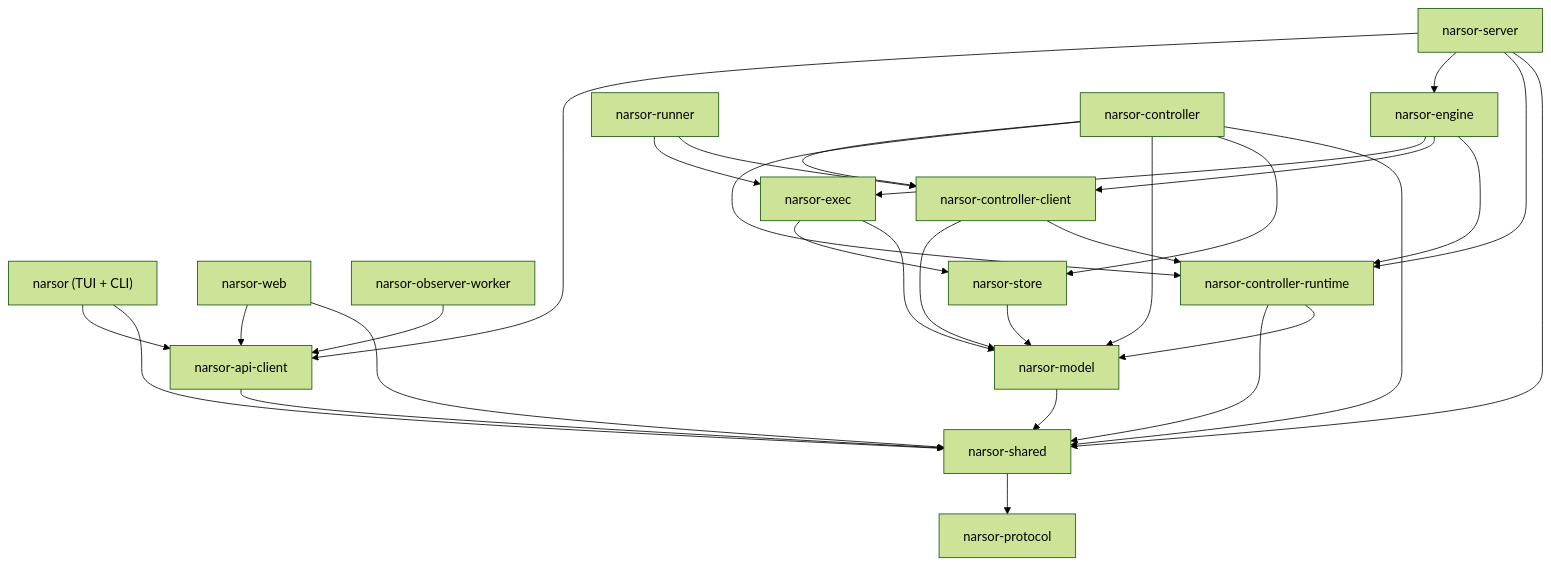
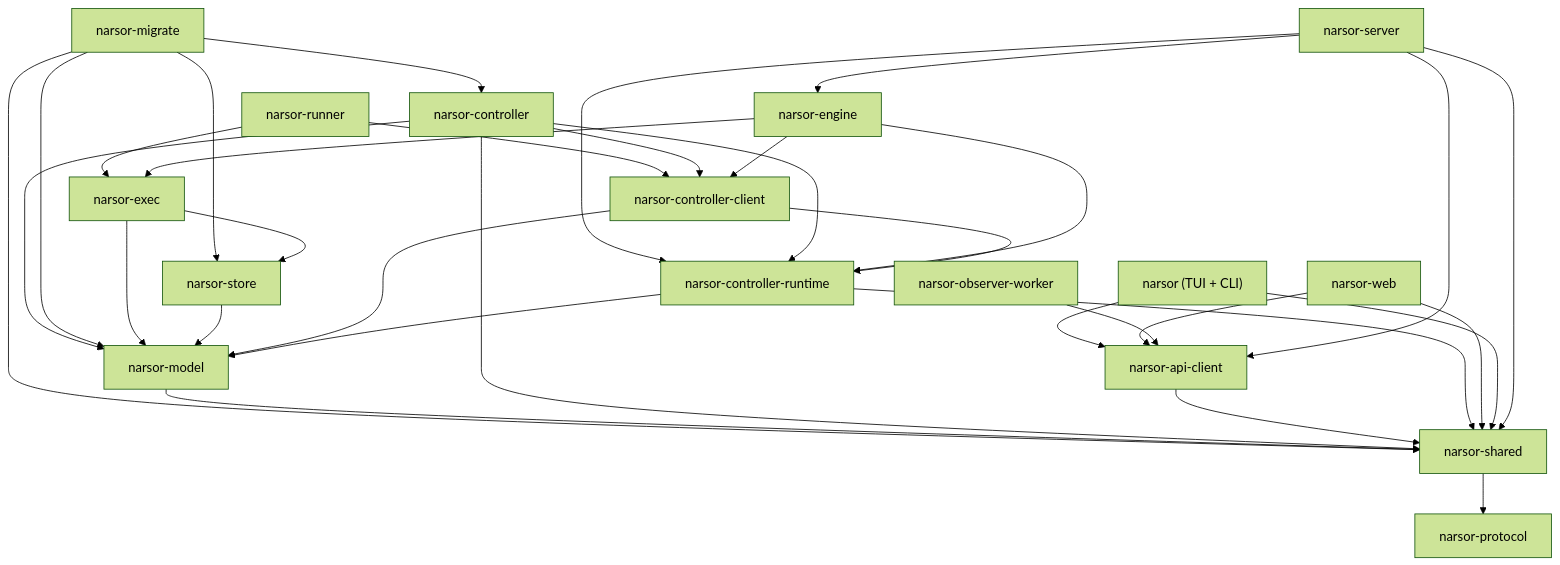
One commit to glakartur/narsor changed the first of 2 diagrams in docs/dev/components.md. Above: the diagram before and after it, drawn with Mermaid (forest theme). The commit also changed other lines of this file and 26 other files, not shown here.

First line of the commit message:
♻️ [NARSOR] refactor(migration): move the one-time layout migration into narsor-migrate, with a backup

````diff
--- a/docs/dev/components.md
+++ b/docs/dev/components.md
@@ -33,32 +34,35 @@
 ```mermaid
 graph TD
   narsor["narsor (TUI + CLI)"] --> api[narsor-api-client]
   web[narsor-web] --> api
   obs[narsor-observer-worker] --> api
   server[narsor-server] --> api
   server --> engine[narsor-engine]
   server --> cr[narsor-controller-runtime]
   runner[narsor-runner] --> exec[narsor-exec]
   runner --> cc[narsor-controller-client]
   ctrl[narsor-controller] --> cc
   ctrl --> cr
   ctrl --> model
-  ctrl --> store
+  migrate[narsor-migrate] --> ctrl
+  migrate --> store
+  migrate --> model
+  migrate --> shared
   engine --> exec
   engine --> cc
   engine --> cr
   exec --> store[narsor-store]
   exec --> model[narsor-model]
   store --> model
   cc --> model
   cc --> cr
   model --> shared[narsor-shared]
   ctrl --> shared
   api --> shared
   cr --> shared
   cr --> model
   web --> shared
   narsor --> shared
   server --> shared
   shared --> protocol[narsor-protocol]
 ```
````
